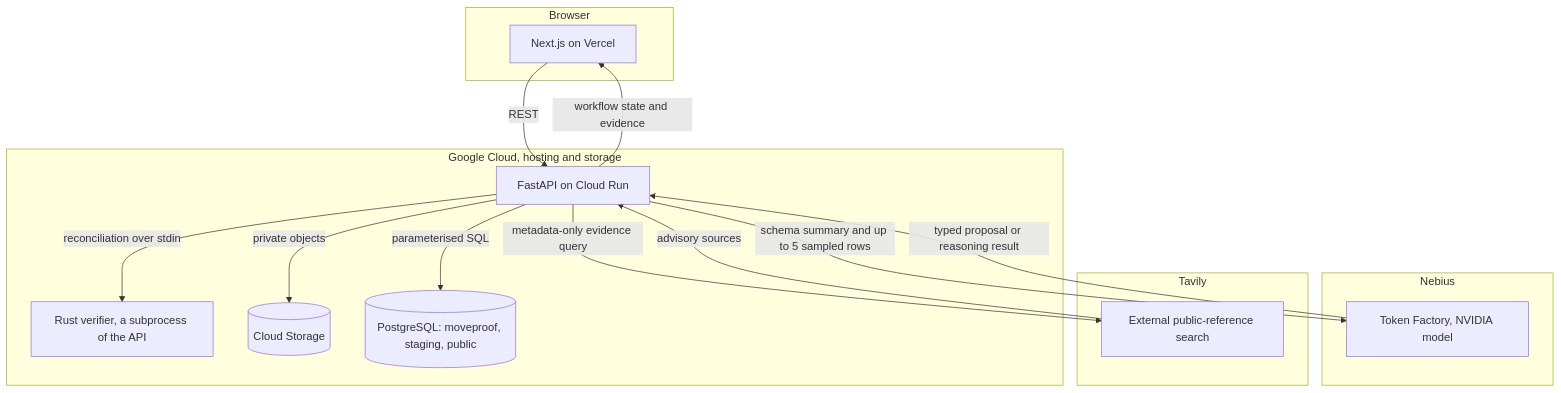
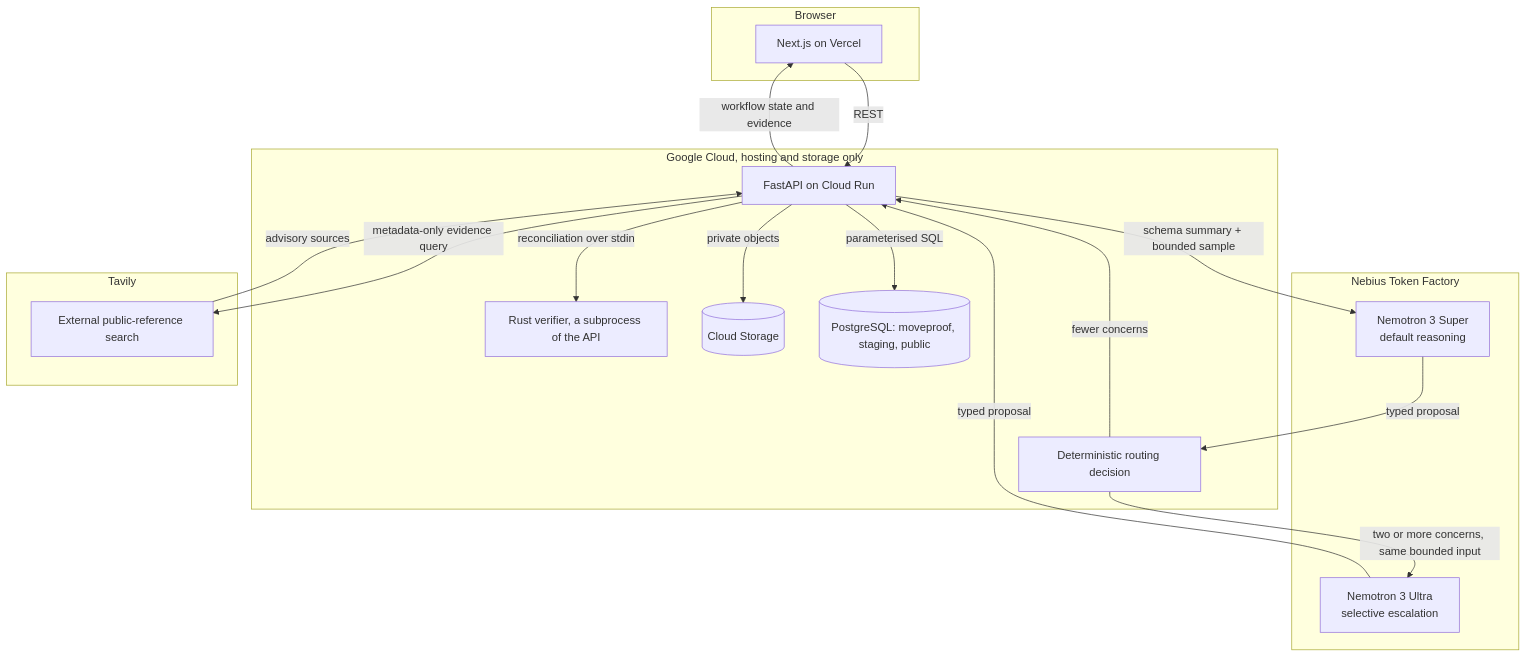
One commit to wiqilee/Moveproof changed the second of 6 diagrams in README.md. Above: the diagram before and after it, drawn with Mermaid. The commit also changed other lines of this file, not shown here.

````diff
--- a/README.md
+++ b/README.md
@@ -372,31 +518,36 @@
 ```mermaid
 flowchart TB
     subgraph Browser
         UI["Next.js on Vercel"]
     end
 
-    subgraph GCP["Google Cloud, hosting and storage"]
+    subgraph GCP["Google Cloud, hosting and storage only"]
         API["FastAPI on Cloud Run"]
+        ROUTE["Deterministic routing decision"]
         RUST["Rust verifier, a subprocess of the API"]
         GCS[("Cloud Storage")]
         DB[("PostgreSQL: moveproof, staging, public")]
     end
 
-    subgraph Nebius["Nebius"]
-        TF["Token Factory, NVIDIA model"]
+    subgraph Nebius["Nebius Token Factory"]
+        SUPER["Nemotron 3 Super<br/>default reasoning"]
+        ULTRA["Nemotron 3 Ultra<br/>selective escalation"]
     end
 
     subgraph Tavily["Tavily"]
         EXT["External public-reference search"]
     end
 
     UI -->|REST| API
-    API -->|schema summary and up to 5 sampled rows| TF
-    TF -->|typed proposal or reasoning result| API
+    API -->|schema summary + bounded sample| SUPER
+    SUPER -->|typed proposal| ROUTE
+    ROUTE -->|two or more concerns, same bounded input| ULTRA
+    ULTRA -->|typed proposal| API
+    ROUTE -->|fewer concerns| API
     API -->|metadata-only evidence query| EXT
     EXT -->|advisory sources| API
     API -->|reconciliation over stdin| RUST
     API -->|parameterised SQL| DB
     API -->|private objects| GCS
     API -->|workflow state and evidence| UI
 ```
````
